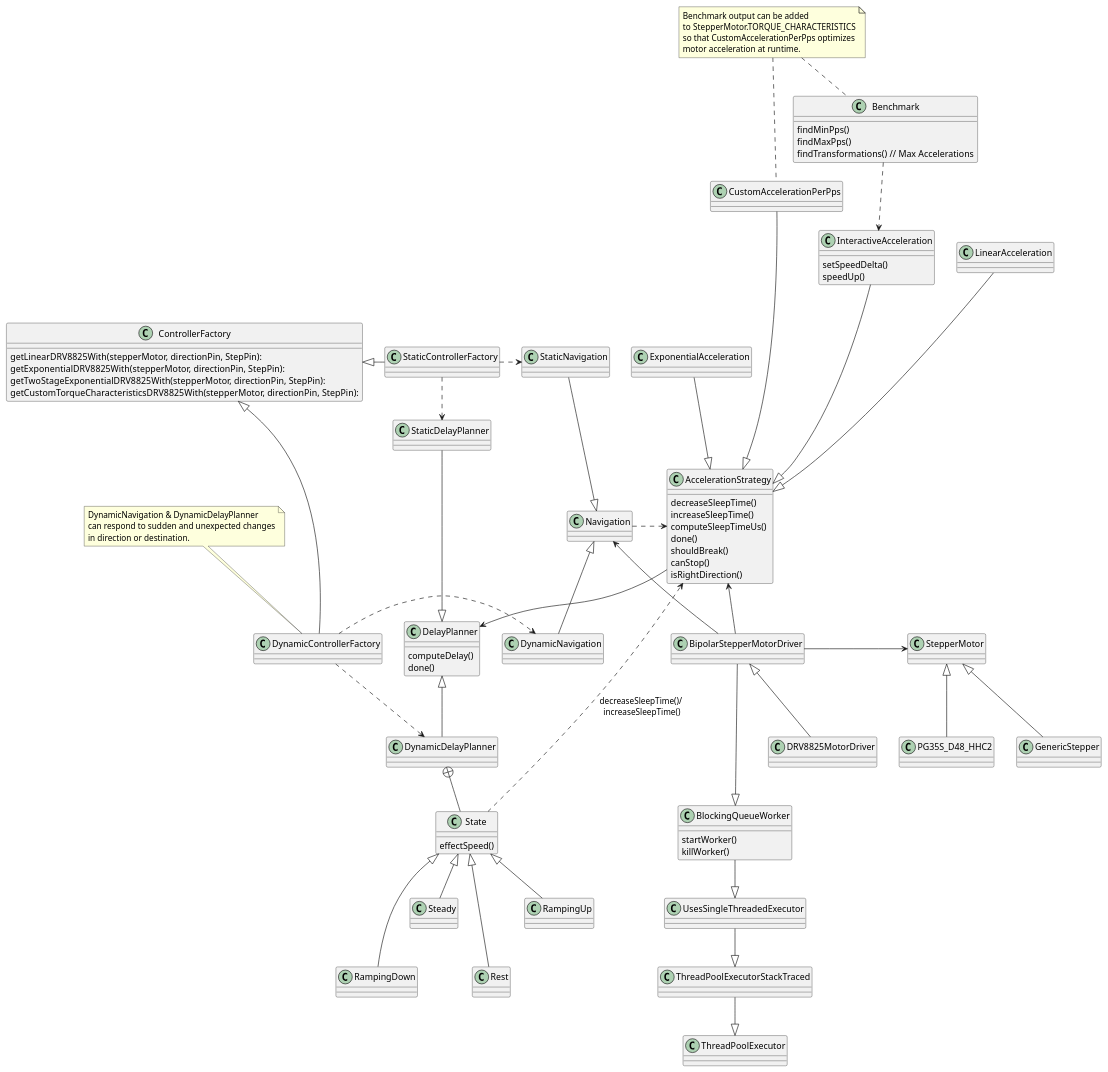
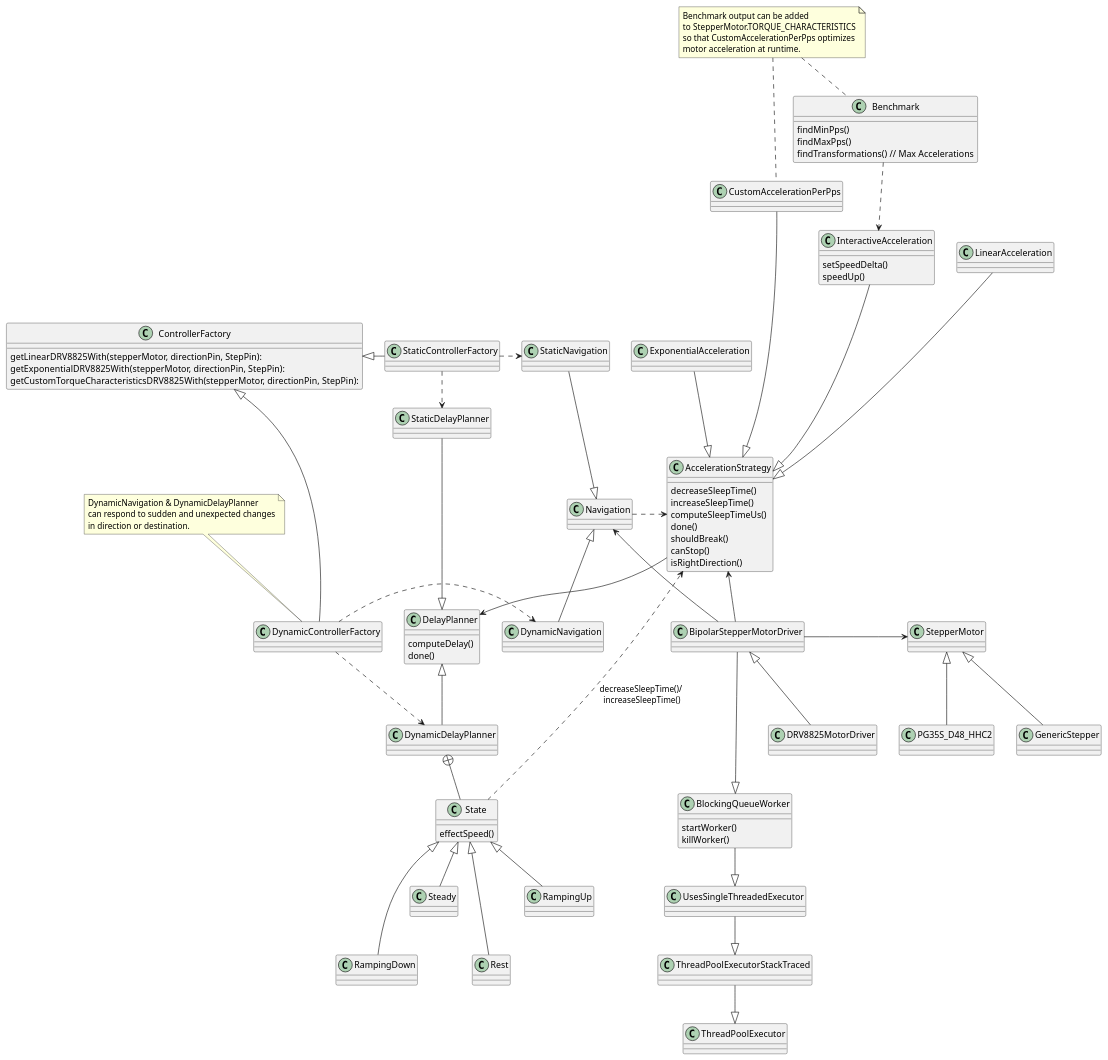
One commit to juanmf/StepperMotors changed the diagram in doc/collab.puml. Above: the diagram before and after it, drawn with PlantUML.

```diff
--- a/doc/collab.puml
+++ b/doc/collab.puml
@@ -1,131 +1,130 @@
 @startuml
 class BlockingQueueWorker {
     startWorker()
     killWorker()
 }
 class UsesSingleThreadedExecutor
 class ThreadPoolExecutorStackTraced
 
 class ControllerFactory {
     getLinearDRV8825With(stepperMotor, directionPin, StepPin):
     getExponentialDRV8825With(stepperMotor, directionPin, StepPin):
-    getTwoStageExponentialDRV8825With(stepperMotor, directionPin, StepPin):
     getCustomTorqueCharacteristicsDRV8825With(stepperMotor, directionPin, StepPin):
 }
 class StaticControllerFactory
 class DynamicControllerFactory
 
 class Navigation
 class StaticNavigation
 class DynamicNavigation
 
 class Benchmark{
 findMinPps()
 findMaxPps()
 findTransformations() // Max Accelerations
 }
 
 class BipolarStepperMotorDriver
 class DRV8825MotorDriver
 
 class StepperMotor
 class PG35S_D48_HHC2
 class GenericStepper
 
 class AccelerationStrategy {
     decreaseSleepTime()
     increaseSleepTime()
     computeSleepTimeUs()
     done()
     shouldBreak()
     canStop()
     isRightDirection()
 }
 
 class LinearAcceleration
 class ExponentialAcceleration
 class CustomAccelerationPerPps
 class InteractiveAcceleration{
 setSpeedDelta()
 speedUp()
 }
 
 class DelayPlanner {
     computeDelay()
     done()
 }
 
 class StaticDelayPlanner
 class DynamicDelayPlanner
 class State {
     effectSpeed()
 }
 
 ''' structure
 ThreadPoolExecutorStackTraced --|> ThreadPoolExecutor
 UsesSingleThreadedExecutor --|> ThreadPoolExecutorStackTraced
 BlockingQueueWorker --|> UsesSingleThreadedExecutor
 BipolarStepperMotorDriver ---|> BlockingQueueWorker
 
 PG35S_D48_HHC2 -up-|> StepperMotor
 GenericStepper -up-|> StepperMotor
 
 StaticControllerFactory -left-|> ControllerFactory
 DynamicControllerFactory -left-|> ControllerFactory
 
 DRV8825MotorDriver -up-|> BipolarStepperMotorDriver
 
 StaticDelayPlanner -down-|> DelayPlanner
 DynamicDelayPlanner -up-|> DelayPlanner
 DynamicDelayPlanner +-- State
 
 Rest -up--|> State
 RampingUp -up-|> State
 RampingDown -up--|> State
 Steady -up-|> State
 
 StaticNavigation -down-|> Navigation
 DynamicNavigation -up-|> Navigation
 
 LinearAcceleration ---|> AccelerationStrategy
 ExponentialAcceleration --|> AccelerationStrategy
 CustomAccelerationPerPps --|> AccelerationStrategy
 InteractiveAcceleration ---|> AccelerationStrategy
 
 ''' Relations
 BipolarStepperMotorDriver -left-> Navigation
 BipolarStepperMotorDriver -up-> AccelerationStrategy
 BipolarStepperMotorDriver -right-> StepperMotor
 
 Navigation .right.> AccelerationStrategy
 AccelerationStrategy --> DelayPlanner
 
 State ..> AccelerationStrategy : decreaseSleepTime()/\n increaseSleepTime()
 
 Benchmark ..> InteractiveAcceleration
 
 StaticControllerFactory .right.> StaticDelayPlanner
 StaticControllerFactory .right.> StaticNavigation
 
 DynamicControllerFactory .right.> DynamicDelayPlanner
 DynamicControllerFactory .right.> DynamicNavigation
 
 ''' Notes
 note as N1
 Benchmark output can be added
 to StepperMotor.TORQUE_CHARACTERISTICS
 so that CustomAccelerationPerPps optimizes
 motor acceleration at runtime.
 end note
 
 note as N2
 DynamicNavigation & DynamicDelayPlanner
 can respond to sudden and unexpected changes
 in direction or destination.
 end note
 
 N1 .. Benchmark
 N1 .. CustomAccelerationPerPps
 
 N2 .. DynamicControllerFactory
 @enduml
```
